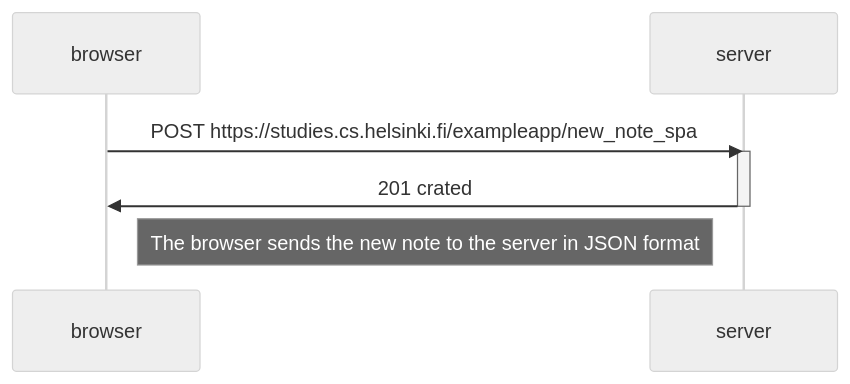
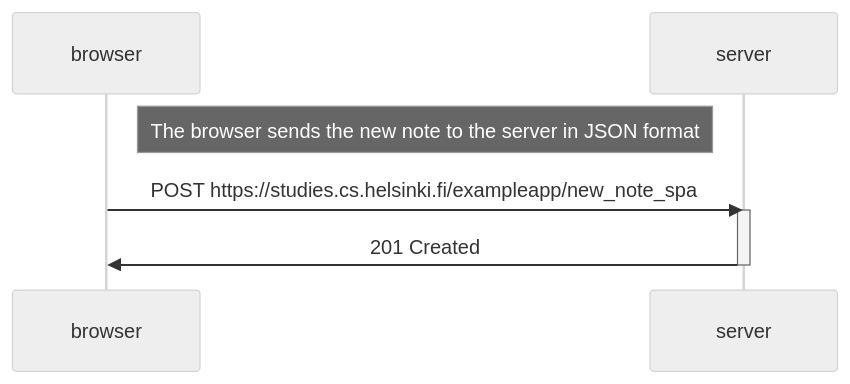
One commit to immone/FullStack-HY changed the diagram in osa0/spa_add_note_sequence_diagram.md. Above: the diagram before and after it, drawn with Mermaid (neutral theme).

````diff
--- a/osa0/spa_add_note_sequence_diagram.md
+++ b/osa0/spa_add_note_sequence_diagram.md
@@ -1,14 +1,14 @@
 ```mermaid
 sequenceDiagram
     participant browser
     participant server
     
+    Note right of browser: The browser sends the new note to the server in JSON format
     browser->>server: POST https://studies.cs.helsinki.fi/exampleapp/new_note_spa
     activate server
-    server->>browser: 201 crated
+    server->>browser: 201 Created
     deactivate server
     
-    Note right of browser: The browser sends the new note to the server in JSON format
     
     
 ```
````
